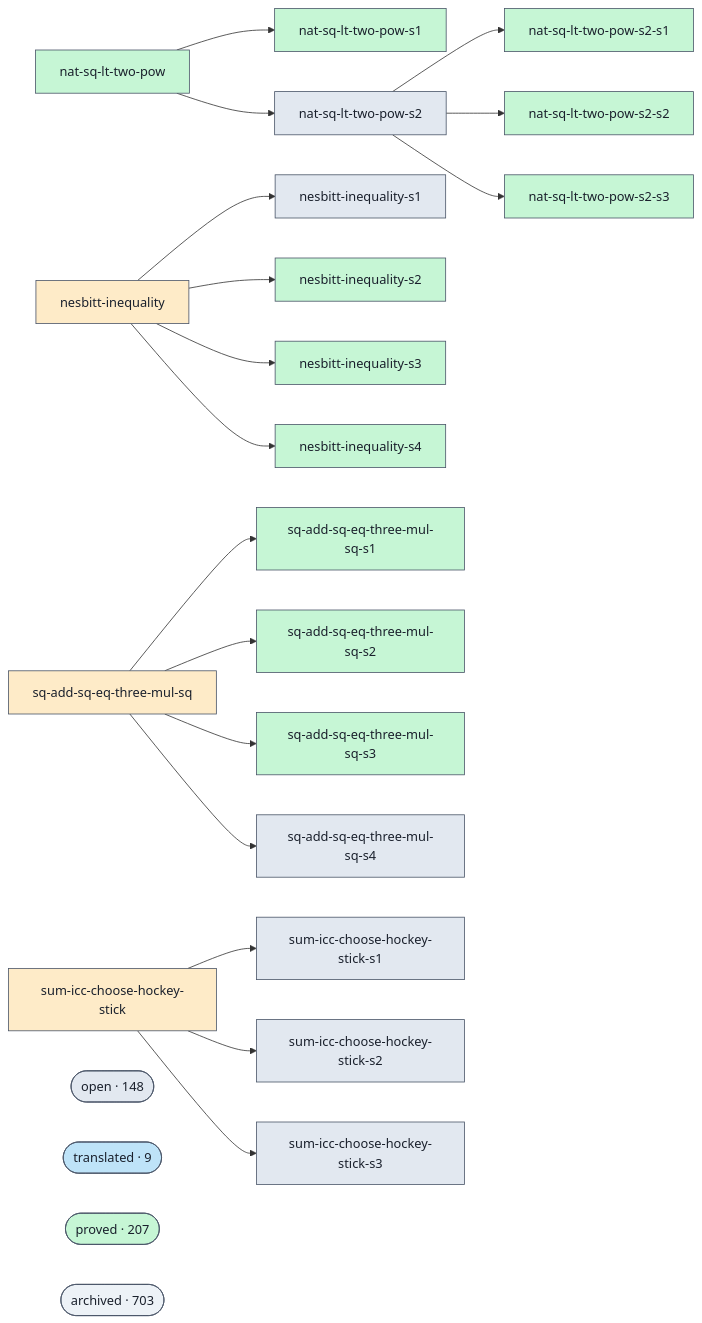
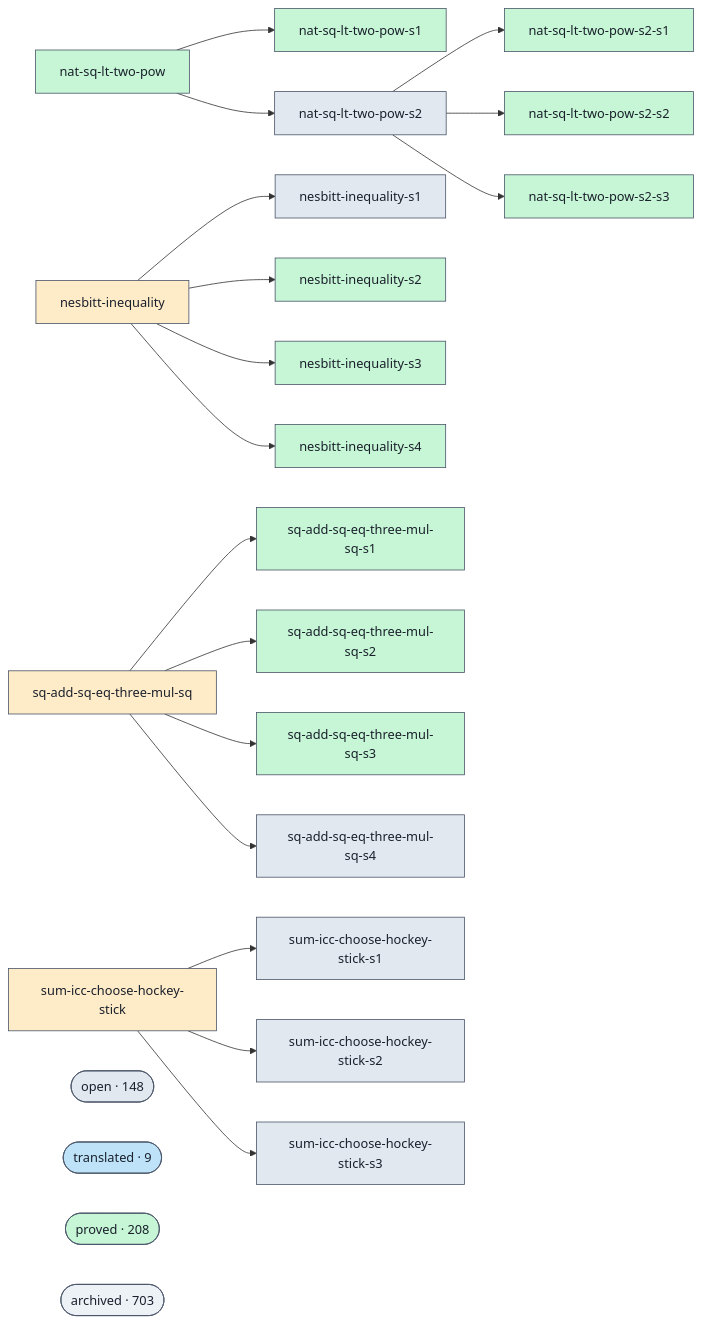
Before and after one commit to ohdearquant/unsorry: the diagram in docs/proofs-contributors-visualisation.md, drawn with Mermaid. The commit also changed other lines of this file and 2 other files, not shown here.

```diff
--- a/docs/proofs-contributors-visualisation.md
+++ b/docs/proofs-contributors-visualisation.md
@@ -102,7 +102,7 @@
   class cluster_open open;
   cluster_translated(["translated · 9"])
   class cluster_translated translated;
-  cluster_proved(["proved · 207"])
+  cluster_proved(["proved · 208"])
   class cluster_proved proved;
   cluster_archived(["archived · 703"])
   class cluster_archived unknown;
```
